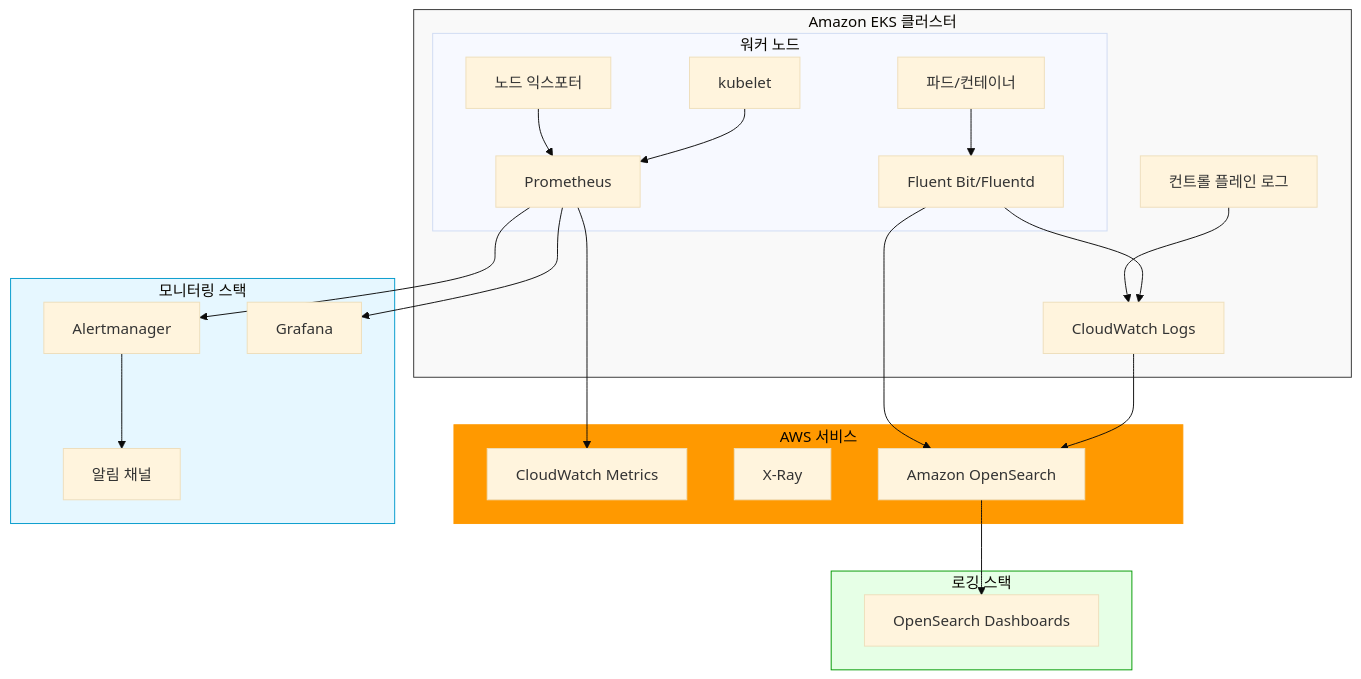
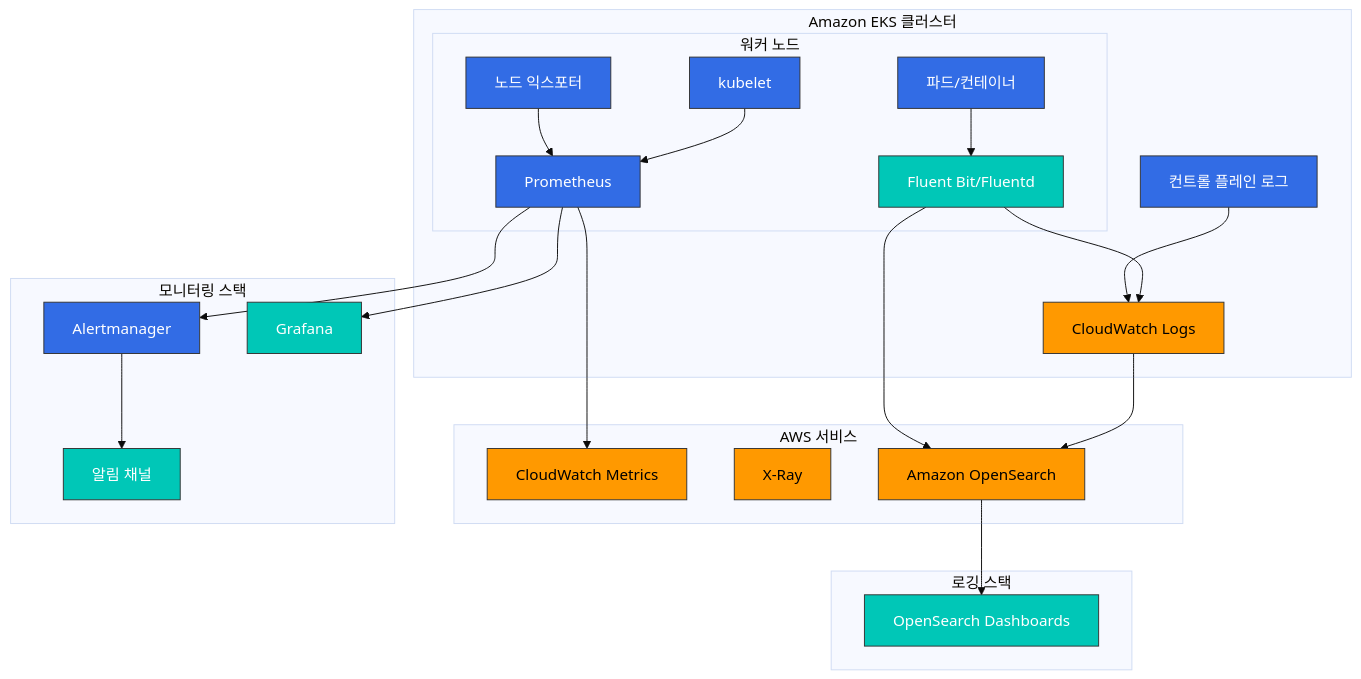
The first of 6 diagrams in eks/06-eks-monitoring-logging.md (Atom-oh/kubernetes-docs), drawn with Mermaid (base theme) before and after one commit. The commit also changed other lines of this file, not shown here.

Commit message:
Add mermaid diagrams to EKS monitoring and logging document

````diff
--- a/eks/06-eks-monitoring-logging.md
+++ b/eks/06-eks-monitoring-logging.md
@@ -33,38 +33,45 @@
 ```mermaid
 flowchart TD
     subgraph EKS["Amazon EKS 클러스터"]
         CP[컨트롤 플레인 로그] --> CWL
         subgraph Nodes["워커 노드"]
             Pods[파드/컨테이너] --> Fluent
             NodeExporter[노드 익스포터] --> Prometheus
             kubelet --> Prometheus
         end
     end
     
     subgraph AWS["AWS 서비스"]
         CWL[CloudWatch Logs]
         CWM[CloudWatch Metrics]
         XRay[X-Ray]
         ES[Amazon OpenSearch]
     end
     
     subgraph Monitoring["모니터링 스택"]
         Prometheus[Prometheus] --> Alertmanager
         Alertmanager[Alertmanager] --> Notification[알림 채널]
         Prometheus --> Grafana
     end
     
     subgraph Logging["로깅 스택"]
         Fluent[Fluent Bit/Fluentd] --> CWL
         Fluent --> ES
         ES --> Kibana[OpenSearch Dashboards]
     end
     
     CWL --> ES
     Prometheus --> CWM
     
-    style EKS fill:#f9f9f9,stroke:#333,stroke-width:1px
-    style AWS fill:#FF9900,stroke:#FF9900,stroke-width:1px
-    style Monitoring fill:#e6f7ff,stroke:#0099cc,stroke-width:1px
-    style Logging fill:#e6ffe6,stroke:#009900,stroke-width:1px
+    %% 클래스 정의
+    classDef awsService fill:#FF9900,stroke:#333,stroke-width:1px,color:black;
+    classDef k8sComponent fill:#326CE5,stroke:#333,stroke-width:1px,color:white;
+    classDef userApp fill:#00C7B7,stroke:#333,stroke-width:1px,color:white;
+    classDef dataStore fill:#3B48CC,stroke:#333,stroke-width:1px,color:white;
+    classDef default fill:#f9f9f9,stroke:#333,stroke-width:1px,color:black;
+    
+    %% 클래스 적용
+    class CWL,CWM,XRay,ES awsService;
+    class CP,Pods,NodeExporter,kubelet,Prometheus,Alertmanager k8sComponent;
+    class Fluent,Grafana,Kibana,Notification userApp;
 ```
````
